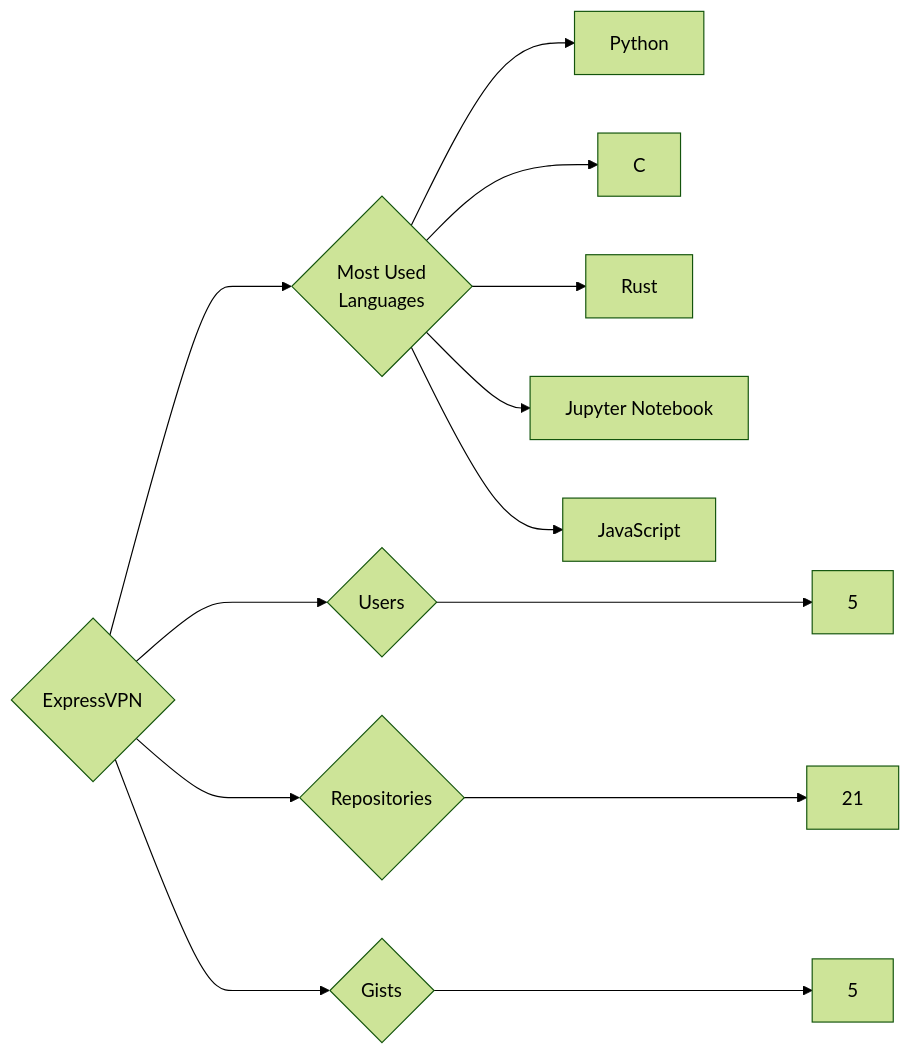
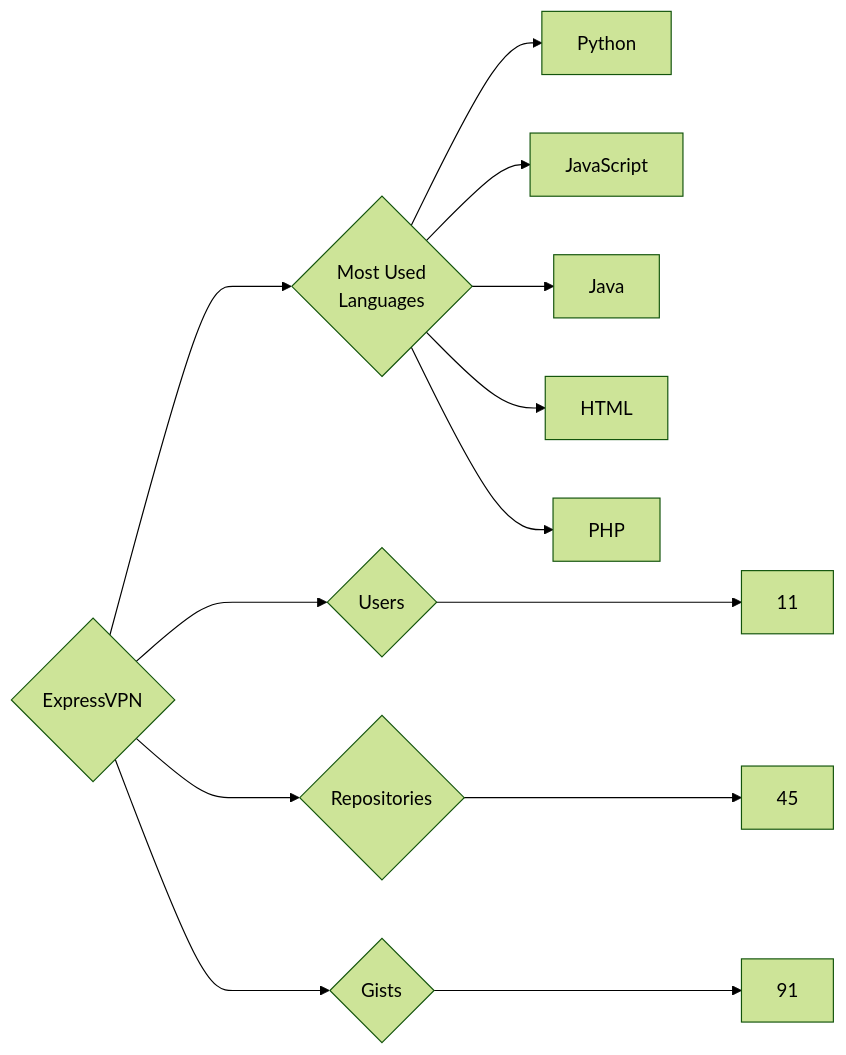
One commit to trickest/insiders changed the diagram in targets/ExpressVPN/README.md. Above: the diagram before and after it, drawn with Mermaid (forest theme). The commit also changed 895 other files, not shown here.

````diff
--- a/targets/ExpressVPN/README.md
+++ b/targets/ExpressVPN/README.md
@@ -3,13 +3,13 @@
 ```mermaid
 graph LR
 COMPANY_NAME{ExpressVPN}
-COMPANY_NAME ---> U{Users} ---> UN[5]
-COMPANY_NAME ---> R{Repositories} ---> RN[21]
-COMPANY_NAME ---> G{Gists} ---> GN[5]
+COMPANY_NAME ---> U{Users} ---> UN[11]
+COMPANY_NAME ---> R{Repositories} ---> RN[45]
+COMPANY_NAME ---> G{Gists} ---> GN[91]
 COMPANY_NAME ---> ML{Most Used<br>Languages}
 ML --> Python[Python]
-ML --> C[C]
-ML --> Rust[Rust]
-ML --> Jupyter_Notebook[Jupyter Notebook]
 ML --> JavaScript[JavaScript]
+ML --> Java[Java]
+ML --> HTML[HTML]
+ML --> PHP[PHP]
 ```
````
